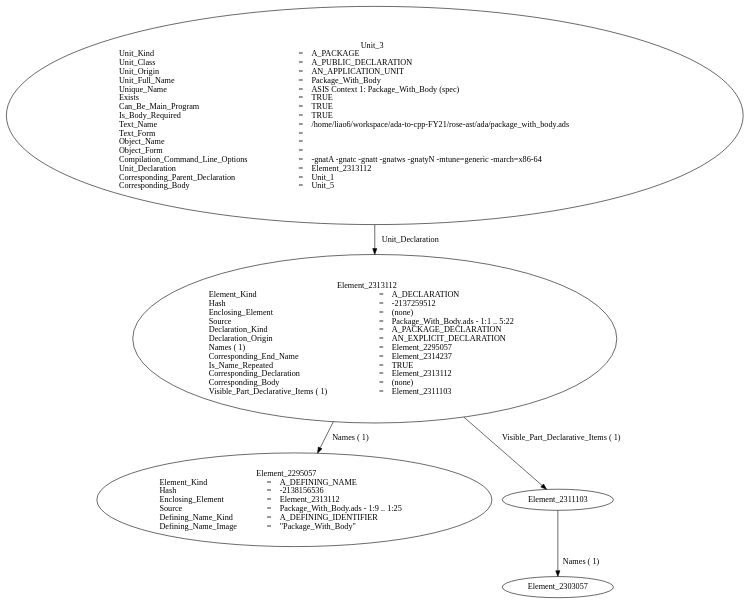
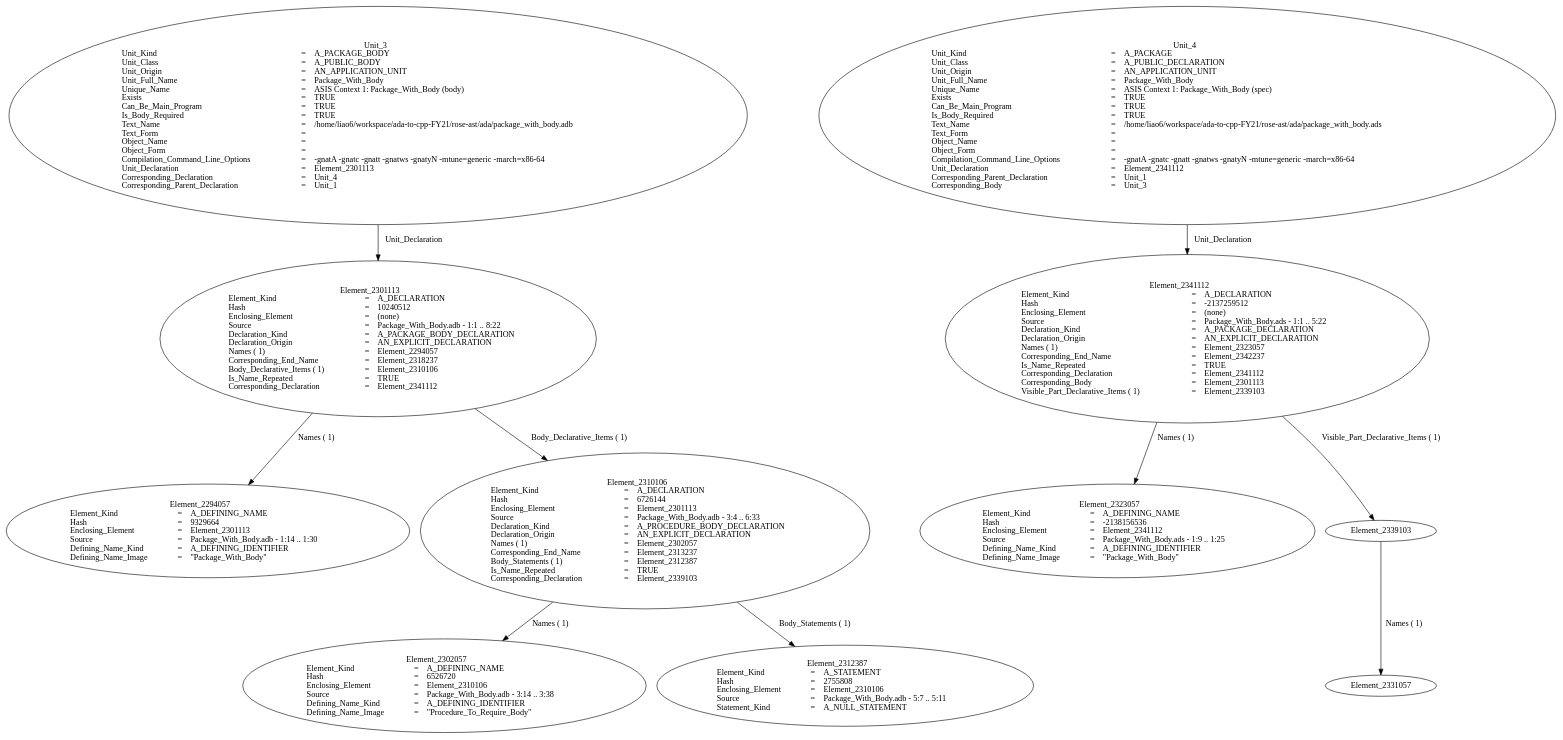
One commit to chunhualiao/rose-ast changed the diagram in ada/package_with_body.ads.dot. Above: the diagram before and after it, drawn with Graphviz. The commit also changed 377 other files, not shown here.

```diff
--- a/ada/package_with_body.ads.dot
+++ b/ada/package_with_body.ads.dot
@@ -1,56 +1,145 @@
 digraph "/home/liao6/workspace/ada-to-cpp-FY21/rose-ast/ada/obj/package_with_body.adt" {
-  Unit_3 -> Element_2313112
+  Unit_3 -> Element_2301113
       [ label=Unit_Declaration ];
   Unit_3
       [ label=<<TABLE BORDER="0" CELLBORDER="0" CELLSPACING="0" CELLPADDING="0"> 
           <TR><TD COLSPAN="3">Unit_3</TD></TR>
+          <TR><TD ALIGN="LEFT">Unit_Kind   </TD><TD> = </TD><TD ALIGN="LEFT">A_PACKAGE_BODY</TD></TR>
+          <TR><TD ALIGN="LEFT">Unit_Class   </TD><TD> = </TD><TD ALIGN="LEFT">A_PUBLIC_BODY</TD></TR>
+          <TR><TD ALIGN="LEFT">Unit_Origin   </TD><TD> = </TD><TD ALIGN="LEFT">AN_APPLICATION_UNIT</TD></TR>
+          <TR><TD ALIGN="LEFT">Unit_Full_Name    </TD><TD> = </TD><TD ALIGN="LEFT">Package_With_Body</TD></TR>
+          <TR><TD ALIGN="LEFT">Unique_Name   </TD><TD> = </TD><TD ALIGN="LEFT">ASIS Context 1: Package_With_Body (body)</TD></TR>
+          <TR><TD ALIGN="LEFT">Exists  </TD><TD> = </TD><TD ALIGN="LEFT">TRUE</TD></TR>
+          <TR><TD ALIGN="LEFT">Can_Be_Main_Program     </TD><TD> = </TD><TD ALIGN="LEFT">TRUE</TD></TR>
+          <TR><TD ALIGN="LEFT">Is_Body_Required     </TD><TD> = </TD><TD ALIGN="LEFT">TRUE</TD></TR>
+          <TR><TD ALIGN="LEFT">Text_Name   </TD><TD> = </TD><TD ALIGN="LEFT">/home/liao6/workspace/ada-to-cpp-FY21/rose-ast/ada/package_with_body.adb</TD></TR>
+          <TR><TD ALIGN="LEFT">Text_Form   </TD><TD> = </TD><TD ALIGN="LEFT"></TD></TR>
+          <TR><TD ALIGN="LEFT">Object_Name   </TD><TD> = </TD><TD ALIGN="LEFT"></TD></TR>
+          <TR><TD ALIGN="LEFT">Object_Form   </TD><TD> = </TD><TD ALIGN="LEFT"></TD></TR>
+          <TR><TD ALIGN="LEFT">Compilation_Command_Line_Options         </TD><TD> = </TD><TD ALIGN="LEFT">-gnatA -gnatc -gnatt -gnatws -gnatyN -mtune=generic -march=x86-64</TD></TR>
+          <TR><TD ALIGN="LEFT">Unit_Declaration     </TD><TD> = </TD><TD ALIGN="LEFT">Element_2301113</TD></TR>
+          <TR><TD ALIGN="LEFT">Corresponding_Declaration       </TD><TD> = </TD><TD ALIGN="LEFT">Unit_4</TD></TR>
+          <TR><TD ALIGN="LEFT">Corresponding_Parent_Declaration         </TD><TD> = </TD><TD ALIGN="LEFT">Unit_1</TD></TR>
+          </TABLE>> ];
+  Element_2301113 -> Element_2294057
+      [ label="Names ( 1)" ];
+  Element_2301113 -> Element_2310106
+      [ label="Body_Declarative_Items ( 1)" ];
+  Element_2301113
+      [ label=<<TABLE BORDER="0" CELLBORDER="0" CELLSPACING="0" CELLPADDING="0"> 
+          <TR><TD COLSPAN="3">Element_2301113</TD></TR>
+          <TR><TD ALIGN="LEFT">Element_Kind    </TD><TD> = </TD><TD ALIGN="LEFT">A_DECLARATION</TD></TR>
+          <TR><TD ALIGN="LEFT">Hash  </TD><TD> = </TD><TD ALIGN="LEFT"> 10240512</TD></TR>
+          <TR><TD ALIGN="LEFT">Enclosing_Element     </TD><TD> = </TD><TD ALIGN="LEFT">(none)</TD></TR>
+          <TR><TD ALIGN="LEFT">Source  </TD><TD> = </TD><TD ALIGN="LEFT">Package_With_Body.adb - 1:1 .. 8:22</TD></TR>
+          <TR><TD ALIGN="LEFT">Declaration_Kind     </TD><TD> = </TD><TD ALIGN="LEFT">A_PACKAGE_BODY_DECLARATION</TD></TR>
+          <TR><TD ALIGN="LEFT">Declaration_Origin     </TD><TD> = </TD><TD ALIGN="LEFT">AN_EXPLICIT_DECLARATION</TD></TR>
+          <TR><TD ALIGN="LEFT">Names ( 1)   </TD><TD> = </TD><TD ALIGN="LEFT">Element_2294057</TD></TR>
+          <TR><TD ALIGN="LEFT">Corresponding_End_Name      </TD><TD> = </TD><TD ALIGN="LEFT">Element_2318237</TD></TR>
+          <TR><TD ALIGN="LEFT">Body_Declarative_Items ( 1)       </TD><TD> = </TD><TD ALIGN="LEFT">Element_2310106</TD></TR>
+          <TR><TD ALIGN="LEFT">Is_Name_Repeated     </TD><TD> = </TD><TD ALIGN="LEFT">TRUE</TD></TR>
+          <TR><TD ALIGN="LEFT">Corresponding_Declaration       </TD><TD> = </TD><TD ALIGN="LEFT">Element_2341112</TD></TR>
+          </TABLE>> ];
+  Element_2294057
+      [ label=<<TABLE BORDER="0" CELLBORDER="0" CELLSPACING="0" CELLPADDING="0"> 
+          <TR><TD COLSPAN="3">Element_2294057</TD></TR>
+          <TR><TD ALIGN="LEFT">Element_Kind    </TD><TD> = </TD><TD ALIGN="LEFT">A_DEFINING_NAME</TD></TR>
+          <TR><TD ALIGN="LEFT">Hash  </TD><TD> = </TD><TD ALIGN="LEFT"> 9329664</TD></TR>
+          <TR><TD ALIGN="LEFT">Enclosing_Element     </TD><TD> = </TD><TD ALIGN="LEFT">Element_2301113</TD></TR>
+          <TR><TD ALIGN="LEFT">Source  </TD><TD> = </TD><TD ALIGN="LEFT">Package_With_Body.adb - 1:14 .. 1:30</TD></TR>
+          <TR><TD ALIGN="LEFT">Defining_Name_Kind     </TD><TD> = </TD><TD ALIGN="LEFT">A_DEFINING_IDENTIFIER</TD></TR>
+          <TR><TD ALIGN="LEFT">Defining_Name_Image     </TD><TD> = </TD><TD ALIGN="LEFT">"Package_With_Body"</TD></TR>
+          </TABLE>> ];
+  Element_2310106 -> Element_2302057
+      [ label="Names ( 1)" ];
+  Element_2310106 -> Element_2312387
+      [ label="Body_Statements ( 1)" ];
+  Element_2310106
+      [ label=<<TABLE BORDER="0" CELLBORDER="0" CELLSPACING="0" CELLPADDING="0"> 
+          <TR><TD COLSPAN="3">Element_2310106</TD></TR>
+          <TR><TD ALIGN="LEFT">Element_Kind    </TD><TD> = </TD><TD ALIGN="LEFT">A_DECLARATION</TD></TR>
+          <TR><TD ALIGN="LEFT">Hash  </TD><TD> = </TD><TD ALIGN="LEFT"> 6726144</TD></TR>
+          <TR><TD ALIGN="LEFT">Enclosing_Element     </TD><TD> = </TD><TD ALIGN="LEFT">Element_2301113</TD></TR>
+          <TR><TD ALIGN="LEFT">Source  </TD><TD> = </TD><TD ALIGN="LEFT">Package_With_Body.adb - 3:4 .. 6:33</TD></TR>
+          <TR><TD ALIGN="LEFT">Declaration_Kind     </TD><TD> = </TD><TD ALIGN="LEFT">A_PROCEDURE_BODY_DECLARATION</TD></TR>
+          <TR><TD ALIGN="LEFT">Declaration_Origin     </TD><TD> = </TD><TD ALIGN="LEFT">AN_EXPLICIT_DECLARATION</TD></TR>
+          <TR><TD ALIGN="LEFT">Names ( 1)   </TD><TD> = </TD><TD ALIGN="LEFT">Element_2302057</TD></TR>
+          <TR><TD ALIGN="LEFT">Corresponding_End_Name      </TD><TD> = </TD><TD ALIGN="LEFT">Element_2313237</TD></TR>
+          <TR><TD ALIGN="LEFT">Body_Statements ( 1)      </TD><TD> = </TD><TD ALIGN="LEFT">Element_2312387</TD></TR>
+          <TR><TD ALIGN="LEFT">Is_Name_Repeated     </TD><TD> = </TD><TD ALIGN="LEFT">TRUE</TD></TR>
+          <TR><TD ALIGN="LEFT">Corresponding_Declaration       </TD><TD> = </TD><TD ALIGN="LEFT">Element_2339103</TD></TR>
+          </TABLE>> ];
+  Element_2302057
+      [ label=<<TABLE BORDER="0" CELLBORDER="0" CELLSPACING="0" CELLPADDING="0"> 
+          <TR><TD COLSPAN="3">Element_2302057</TD></TR>
+          <TR><TD ALIGN="LEFT">Element_Kind    </TD><TD> = </TD><TD ALIGN="LEFT">A_DEFINING_NAME</TD></TR>
+          <TR><TD ALIGN="LEFT">Hash  </TD><TD> = </TD><TD ALIGN="LEFT"> 6526720</TD></TR>
+          <TR><TD ALIGN="LEFT">Enclosing_Element     </TD><TD> = </TD><TD ALIGN="LEFT">Element_2310106</TD></TR>
+          <TR><TD ALIGN="LEFT">Source  </TD><TD> = </TD><TD ALIGN="LEFT">Package_With_Body.adb - 3:14 .. 3:38</TD></TR>
+          <TR><TD ALIGN="LEFT">Defining_Name_Kind     </TD><TD> = </TD><TD ALIGN="LEFT">A_DEFINING_IDENTIFIER</TD></TR>
+          <TR><TD ALIGN="LEFT">Defining_Name_Image     </TD><TD> = </TD><TD ALIGN="LEFT">"Procedure_To_Require_Body"</TD></TR>
+          </TABLE>> ];
+  Element_2312387
+      [ label=<<TABLE BORDER="0" CELLBORDER="0" CELLSPACING="0" CELLPADDING="0"> 
+          <TR><TD COLSPAN="3">Element_2312387</TD></TR>
+          <TR><TD ALIGN="LEFT">Element_Kind    </TD><TD> = </TD><TD ALIGN="LEFT">A_STATEMENT</TD></TR>
+          <TR><TD ALIGN="LEFT">Hash  </TD><TD> = </TD><TD ALIGN="LEFT"> 2755808</TD></TR>
+          <TR><TD ALIGN="LEFT">Enclosing_Element     </TD><TD> = </TD><TD ALIGN="LEFT">Element_2310106</TD></TR>
+          <TR><TD ALIGN="LEFT">Source  </TD><TD> = </TD><TD ALIGN="LEFT">Package_With_Body.adb - 5:7 .. 5:11</TD></TR>
+          <TR><TD ALIGN="LEFT">Statement_Kind    </TD><TD> = </TD><TD ALIGN="LEFT">A_NULL_STATEMENT</TD></TR>
+          </TABLE>> ];
+  Unit_4 -> Element_2341112
+      [ label=Unit_Declaration ];
+  Unit_4
+      [ label=<<TABLE BORDER="0" CELLBORDER="0" CELLSPACING="0" CELLPADDING="0"> 
+          <TR><TD COLSPAN="3">Unit_4</TD></TR>
           <TR><TD ALIGN="LEFT">Unit_Kind   </TD><TD> = </TD><TD ALIGN="LEFT">A_PACKAGE</TD></TR>
           <TR><TD ALIGN="LEFT">Unit_Class   </TD><TD> = </TD><TD ALIGN="LEFT">A_PUBLIC_DECLARATION</TD></TR>
           <TR><TD ALIGN="LEFT">Unit_Origin   </TD><TD> = </TD><TD ALIGN="LEFT">AN_APPLICATION_UNIT</TD></TR>
           <TR><TD ALIGN="LEFT">Unit_Full_Name    </TD><TD> = </TD><TD ALIGN="LEFT">Package_With_Body</TD></TR>
           <TR><TD ALIGN="LEFT">Unique_Name   </TD><TD> = </TD><TD ALIGN="LEFT">ASIS Context 1: Package_With_Body (spec)</TD></TR>
           <TR><TD ALIGN="LEFT">Exists  </TD><TD> = </TD><TD ALIGN="LEFT">TRUE</TD></TR>
           <TR><TD ALIGN="LEFT">Can_Be_Main_Program     </TD><TD> = </TD><TD ALIGN="LEFT">TRUE</TD></TR>
           <TR><TD ALIGN="LEFT">Is_Body_Required     </TD><TD> = </TD><TD ALIGN="LEFT">TRUE</TD></TR>
           <TR><TD ALIGN="LEFT">Text_Name   </TD><TD> = </TD><TD ALIGN="LEFT">/home/liao6/workspace/ada-to-cpp-FY21/rose-ast/ada/package_with_body.ads</TD></TR>
           <TR><TD ALIGN="LEFT">Text_Form   </TD><TD> = </TD><TD ALIGN="LEFT"></TD></TR>
           <TR><TD ALIGN="LEFT">Object_Name   </TD><TD> = </TD><TD ALIGN="LEFT"></TD></TR>
           <TR><TD ALIGN="LEFT">Object_Form   </TD><TD> = </TD><TD ALIGN="LEFT"></TD></TR>
           <TR><TD ALIGN="LEFT">Compilation_Command_Line_Options         </TD><TD> = </TD><TD ALIGN="LEFT">-gnatA -gnatc -gnatt -gnatws -gnatyN -mtune=generic -march=x86-64</TD></TR>
-          <TR><TD ALIGN="LEFT">Unit_Declaration     </TD><TD> = </TD><TD ALIGN="LEFT">Element_2313112</TD></TR>
+          <TR><TD ALIGN="LEFT">Unit_Declaration     </TD><TD> = </TD><TD ALIGN="LEFT">Element_2341112</TD></TR>
           <TR><TD ALIGN="LEFT">Corresponding_Parent_Declaration         </TD><TD> = </TD><TD ALIGN="LEFT">Unit_1</TD></TR>
-          <TR><TD ALIGN="LEFT">Corresponding_Body     </TD><TD> = </TD><TD ALIGN="LEFT">Unit_5</TD></TR>
+          <TR><TD ALIGN="LEFT">Corresponding_Body     </TD><TD> = </TD><TD ALIGN="LEFT">Unit_3</TD></TR>
           </TABLE>> ];
-  Element_2313112 -> Element_2295057
+  Element_2341112 -> Element_2323057
       [ label="Names ( 1)" ];
-  Element_2313112 -> Element_2311103
+  Element_2341112 -> Element_2339103
       [ label="Visible_Part_Declarative_Items ( 1)" ];
-  Element_2313112
+  Element_2341112
       [ label=<<TABLE BORDER="0" CELLBORDER="0" CELLSPACING="0" CELLPADDING="0"> 
-          <TR><TD COLSPAN="3">Element_2313112</TD></TR>
+          <TR><TD COLSPAN="3">Element_2341112</TD></TR>
           <TR><TD ALIGN="LEFT">Element_Kind    </TD><TD> = </TD><TD ALIGN="LEFT">A_DECLARATION</TD></TR>
           <TR><TD ALIGN="LEFT">Hash  </TD><TD> = </TD><TD ALIGN="LEFT">-2137259512</TD></TR>
           <TR><TD ALIGN="LEFT">Enclosing_Element     </TD><TD> = </TD><TD ALIGN="LEFT">(none)</TD></TR>
           <TR><TD ALIGN="LEFT">Source  </TD><TD> = </TD><TD ALIGN="LEFT">Package_With_Body.ads - 1:1 .. 5:22</TD></TR>
           <TR><TD ALIGN="LEFT">Declaration_Kind     </TD><TD> = </TD><TD ALIGN="LEFT">A_PACKAGE_DECLARATION</TD></TR>
           <TR><TD ALIGN="LEFT">Declaration_Origin     </TD><TD> = </TD><TD ALIGN="LEFT">AN_EXPLICIT_DECLARATION</TD></TR>
-          <TR><TD ALIGN="LEFT">Names ( 1)   </TD><TD> = </TD><TD ALIGN="LEFT">Element_2295057</TD></TR>
-          <TR><TD ALIGN="LEFT">Corresponding_End_Name      </TD><TD> = </TD><TD ALIGN="LEFT">Element_2314237</TD></TR>
+          <TR><TD ALIGN="LEFT">Names ( 1)   </TD><TD> = </TD><TD ALIGN="LEFT">Element_2323057</TD></TR>
+          <TR><TD ALIGN="LEFT">Corresponding_End_Name      </TD><TD> = </TD><TD ALIGN="LEFT">Element_2342237</TD></TR>
           <TR><TD ALIGN="LEFT">Is_Name_Repeated     </TD><TD> = </TD><TD ALIGN="LEFT">TRUE</TD></TR>
-          <TR><TD ALIGN="LEFT">Corresponding_Declaration       </TD><TD> = </TD><TD ALIGN="LEFT">Element_2313112</TD></TR>
-          <TR><TD ALIGN="LEFT">Corresponding_Body     </TD><TD> = </TD><TD ALIGN="LEFT">(none)</TD></TR>
-          <TR><TD ALIGN="LEFT">Visible_Part_Declarative_Items ( 1)         </TD><TD> = </TD><TD ALIGN="LEFT">Element_2311103</TD></TR>
+          <TR><TD ALIGN="LEFT">Corresponding_Declaration       </TD><TD> = </TD><TD ALIGN="LEFT">Element_2341112</TD></TR>
+          <TR><TD ALIGN="LEFT">Corresponding_Body     </TD><TD> = </TD><TD ALIGN="LEFT">Element_2301113</TD></TR>
+          <TR><TD ALIGN="LEFT">Visible_Part_Declarative_Items ( 1)         </TD><TD> = </TD><TD ALIGN="LEFT">Element_2339103</TD></TR>
           </TABLE>> ];
-  Element_2295057
+  Element_2323057
       [ label=<<TABLE BORDER="0" CELLBORDER="0" CELLSPACING="0" CELLPADDING="0"> 
-          <TR><TD COLSPAN="3">Element_2295057</TD></TR>
+          <TR><TD COLSPAN="3">Element_2323057</TD></TR>
           <TR><TD ALIGN="LEFT">Element_Kind    </TD><TD> = </TD><TD ALIGN="LEFT">A_DEFINING_NAME</TD></TR>
           <TR><TD ALIGN="LEFT">Hash  </TD><TD> = </TD><TD ALIGN="LEFT">-2138156536</TD></TR>
-          <TR><TD ALIGN="LEFT">Enclosing_Element     </TD><TD> = </TD><TD ALIGN="LEFT">Element_2313112</TD></TR>
+          <TR><TD ALIGN="LEFT">Enclosing_Element     </TD><TD> = </TD><TD ALIGN="LEFT">Element_2341112</TD></TR>
           <TR><TD ALIGN="LEFT">Source  </TD><TD> = </TD><TD ALIGN="LEFT">Package_With_Body.ads - 1:9 .. 1:25</TD></TR>
           <TR><TD ALIGN="LEFT">Defining_Name_Kind     </TD><TD> = </TD><TD ALIGN="LEFT">A_DEFINING_IDENTIFIER</TD></TR>
           <TR><TD ALIGN="LEFT">Defining_Name_Image     </TD><TD> = </TD><TD ALIGN="LEFT">"Package_With_Body"</TD></TR>
           </TABLE>> ];
-  Element_2311103 -> Element_2303057
+  Element_2339103 -> Element_2331057
       [ label="Names ( 1)" ]
 }
```
